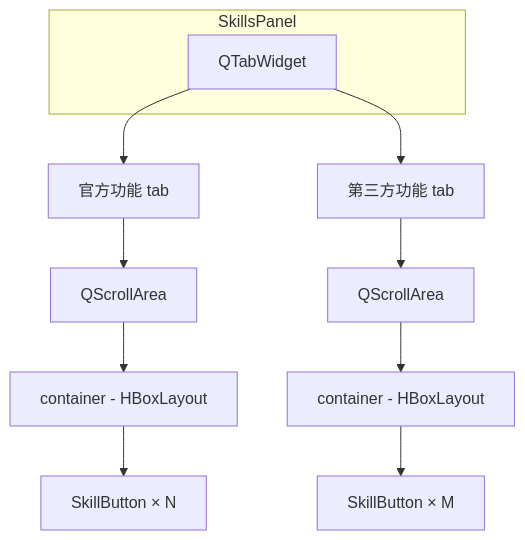
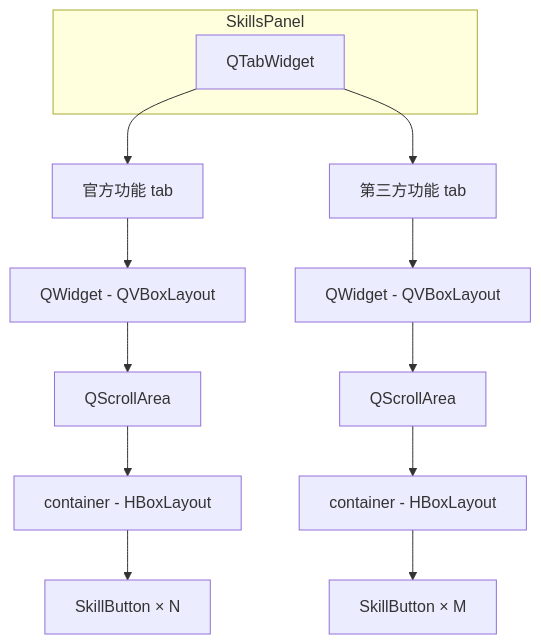
Before and after one commit to KKPIP-Tech/InstructionX: the second of 5 diagrams in docs/ui/main-window.md, drawn with Mermaid. The commit also changed other lines of this file and 9 other files, not shown here.

````diff
--- a/docs/ui/main-window.md
+++ b/docs/ui/main-window.md
@@ -150,14 +157,16 @@
 ```mermaid
 graph TB
     subgraph SkillsPanel [SkillsPanel]
         TW[QTabWidget]
     end
     TW --> Tab1[官方功能 tab]
     TW --> Tab2[第三方功能 tab]
-    Tab1 --> SA1[QScrollArea]
-    Tab2 --> SA2[QScrollArea]
+    Tab1 --> VW1[QWidget - QVBoxLayout]
+    Tab2 --> VW2[QWidget - QVBoxLayout]
+    VW1 --> SA1[QScrollArea]
+    VW2 --> SA2[QScrollArea]
     SA1 --> C1[container - HBoxLayout]
     SA2 --> C2[container - HBoxLayout]
     C1 --> B1[SkillButton × N]
     C2 --> B2[SkillButton × M]
 ```
````
